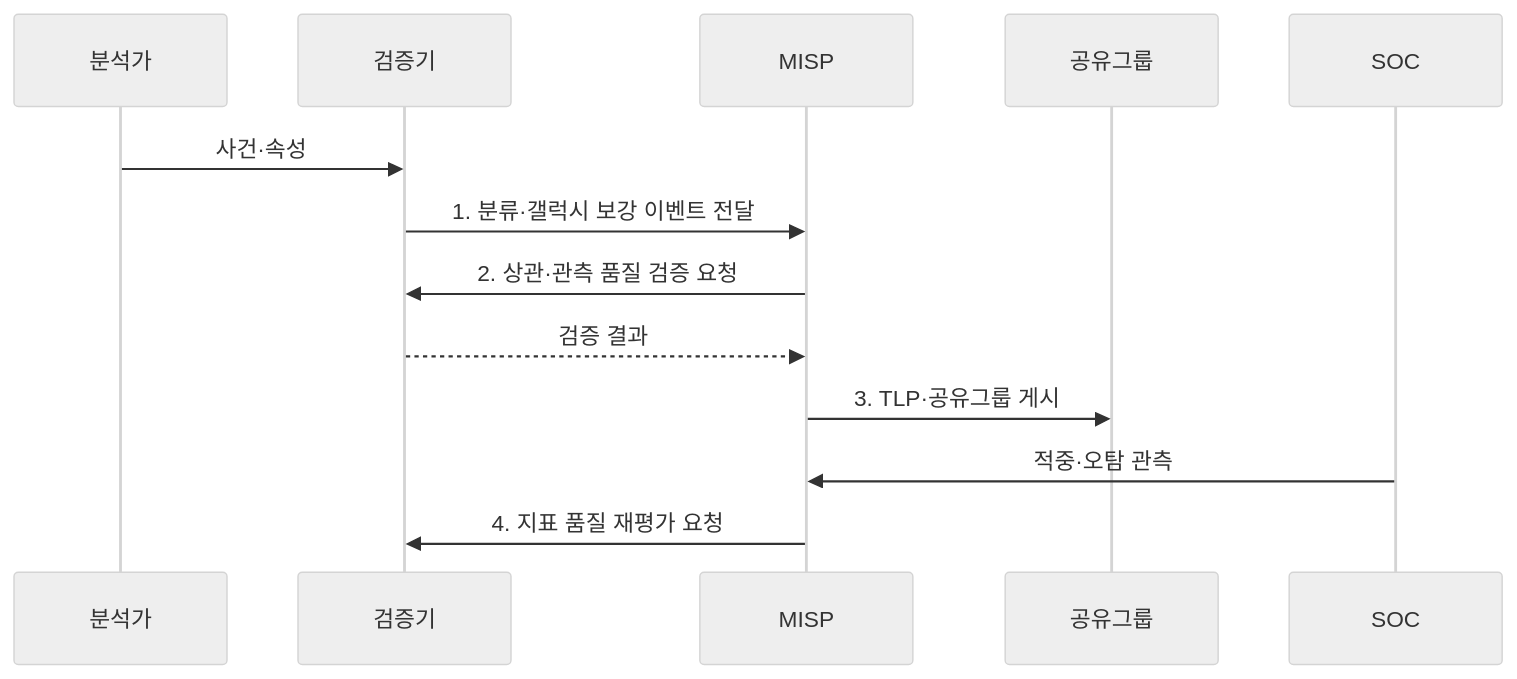
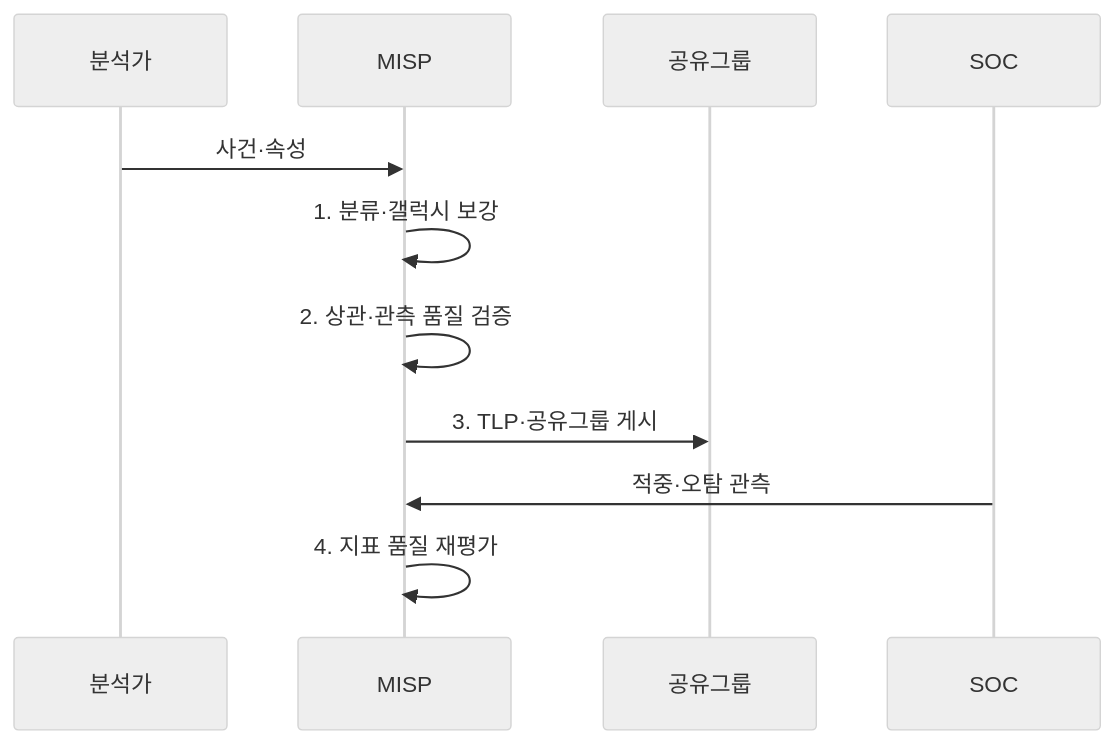
One commit to agnusdei1207/knowledge-base changed the second of 2 diagrams in src/content/docs/notes/05-security/033_misp.md. Above: the diagram before and after it, drawn with Mermaid (neutral theme). The commit also changed other lines of this file and 6 other files, not shown here.

Commit message:
Simplify security sequence participants

````diff
--- a/src/content/docs/notes/05-security/033_misp.md
+++ b/src/content/docs/notes/05-security/033_misp.md
@@ -103,15 +103,13 @@
 ```mermaid
 sequenceDiagram
     participant 분석가
-    participant 검증기
     participant MISP
     participant 공유그룹
     participant SOC
-    분석가->>검증기: 사건·속성
-    검증기->>MISP: 1. 분류·갤럭시 보강 이벤트 전달
-    MISP->>검증기: 2. 상관·관측 품질 검증 요청
-    검증기-->>MISP: 검증 결과
+    분석가->>MISP: 사건·속성
+    MISP->>MISP: 1. 분류·갤럭시 보강
+    MISP->>MISP: 2. 상관·관측 품질 검증
     MISP->>공유그룹: 3. TLP·공유그룹 게시
     SOC->>MISP: 적중·오탐 관측
-    MISP->>검증기: 4. 지표 품질 재평가 요청
+    MISP->>MISP: 4. 지표 품질 재평가
 ```
````
